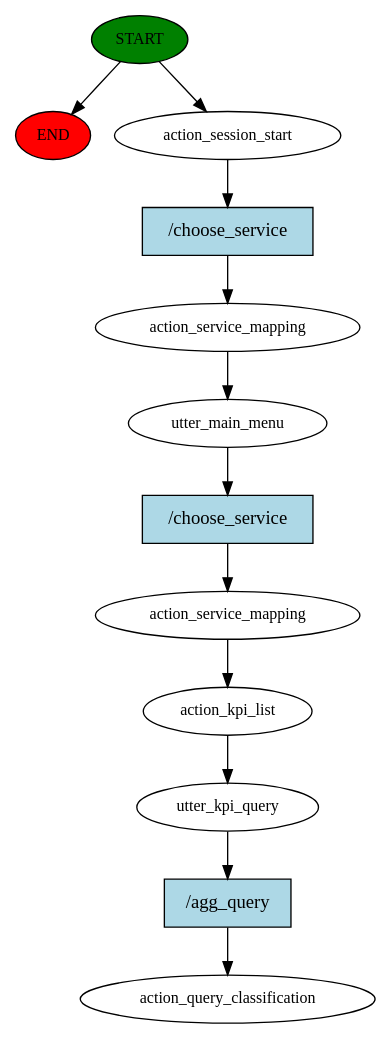
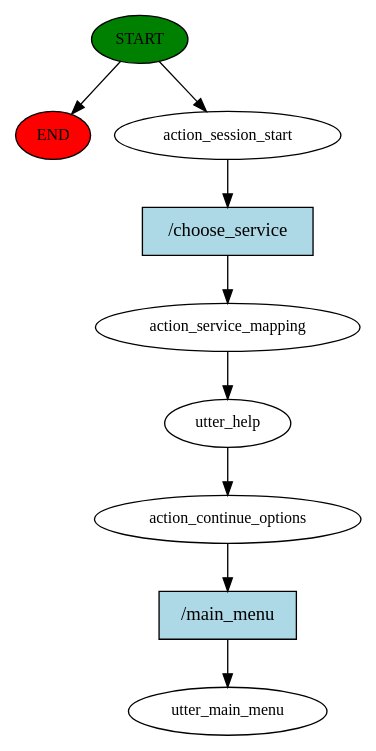
The diagram in story_graph.dot (yuqiong11/kpichat), drawn with Graphviz before and after one commit. The commit also changed 525 other files, not shown here.

```diff
--- a/story_graph.dot
+++ b/story_graph.dot
@@ -1,25 +1,19 @@
 digraph  {
 0 [class="start active", fillcolor=green, fontsize=12, label=START, style=filled];
 "-1" [class=end, fillcolor=red, fontsize=12, label=END, style=filled];
 1 [class=active, fontsize=12, label=action_session_start];
 2 [class=active, fontsize=12, label=action_service_mapping];
-3 [class=active, fontsize=12, label=utter_main_menu];
-4 [class=active, fontsize=12, label=action_service_mapping];
-5 [class=active, fontsize=12, label=action_kpi_list];
-6 [class=active, fontsize=12, label=utter_kpi_query];
-7 [class="dashed active", fontsize=12, label=action_query_classification];
-8 [class="intent active", fillcolor=lightblue, label="/choose_service", shape=rect, style=filled];
-9 [class="intent active", fillcolor=lightblue, label="/choose_service", shape=rect, style=filled];
-10 [class="intent active", fillcolor=lightblue, label="/agg_query", shape=rect, style=filled];
+3 [class=active, fontsize=12, label=utter_help];
+4 [class=active, fontsize=12, label=action_continue_options];
+5 [class="dashed active", fontsize=12, label=utter_main_menu];
+6 [class="intent active", fillcolor=lightblue, label="/choose_service", shape=rect, style=filled];
+7 [class="intent active", fillcolor=lightblue, label="/main_menu", shape=rect, style=filled];
 0 -> "-1"  [class="", key=NONE, label=""];
 0 -> 1  [class=active, key=NONE, label=""];
-1 -> 8  [class=active, key=0];
+1 -> 6  [class=active, key=0];
 2 -> 3  [class=active, key=NONE, label=""];
-3 -> 9  [class=active, key=0];
-4 -> 5  [class=active, key=NONE, label=""];
-5 -> 6  [class=active, key=NONE, label=""];
-6 -> 10  [class=active, key=0];
-8 -> 2  [class=active, key=0];
-9 -> 4  [class=active, key=0];
-10 -> 7  [class=active, key=0];
+3 -> 4  [class=active, key=NONE, label=""];
+4 -> 7  [class=active, key=0];
+6 -> 2  [class=active, key=0];
+7 -> 5  [class=active, key=0];
 }
```
